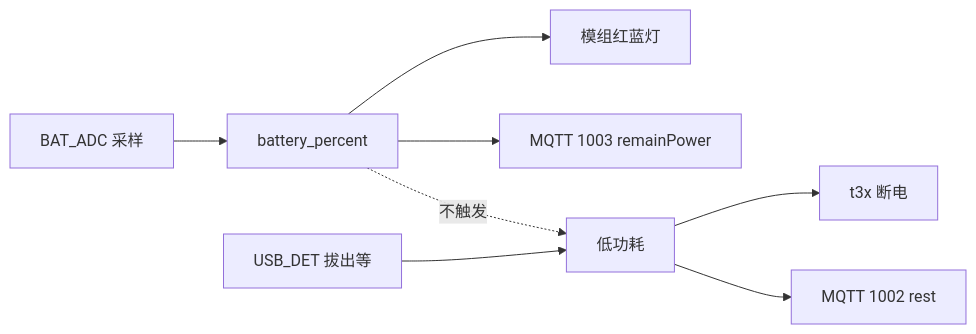
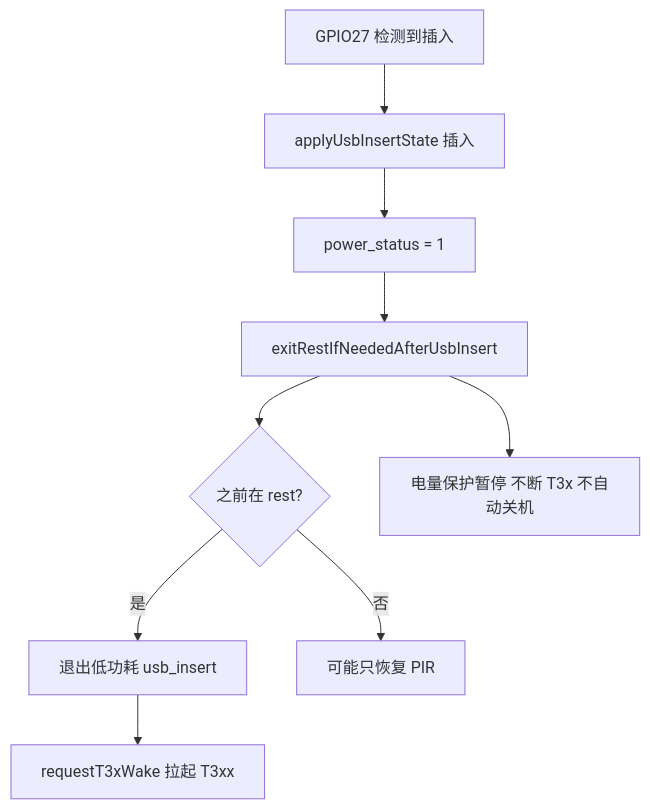
The second of 5 diagrams in doc/LOW_BATTERY_AND_LOW_POWER.md (dzr1986/AIR780EHM), drawn with Mermaid before and after one commit. The commit also changed other lines of this file and 107 other files, not shown here.

First line of the commit message:
Release v20260607: T3x naming, USB/T3x low-power mutual exclusion, T3X docs and T31 redirect stubs.

````diff
--- a/doc/LOW_BATTERY_AND_LOW_POWER.md
+++ b/doc/LOW_BATTERY_AND_LOW_POWER.md
@@ -19,11 +79,11 @@
 ```mermaid
-flowchart LR
-    ADC[BAT_ADC 采样] --> PCT[battery_percent]
-    PCT --> LED[模组红蓝灯]
-    PCT --> MQTT3[MQTT 1003 remainPower]
-    PCT -.->|不触发| LP[低功耗]
-
-    USB[USB_DET 拔出等] --> LP
-    LP --> T31[t3x 断电]
-    LP --> REST[MQTT 1002 rest]
+flowchart TD
+    A[GPIO27 检测到插入] --> B[applyUsbInsertState 插入]
+    B --> C[power_status = 1]
+    C --> D[exitRestIfNeededAfterUsbInsert]
+    D --> E{之前在 rest?}
+    E -->|是| F[退出低功耗 usb_insert]
+    E -->|否| G[可能只恢复 PIR]
+    F --> H[requestT3xWake 拉起 T3xx]
+    D --> I[电量保护暂停 不断 T3x 不自动关机]
 ```
````
